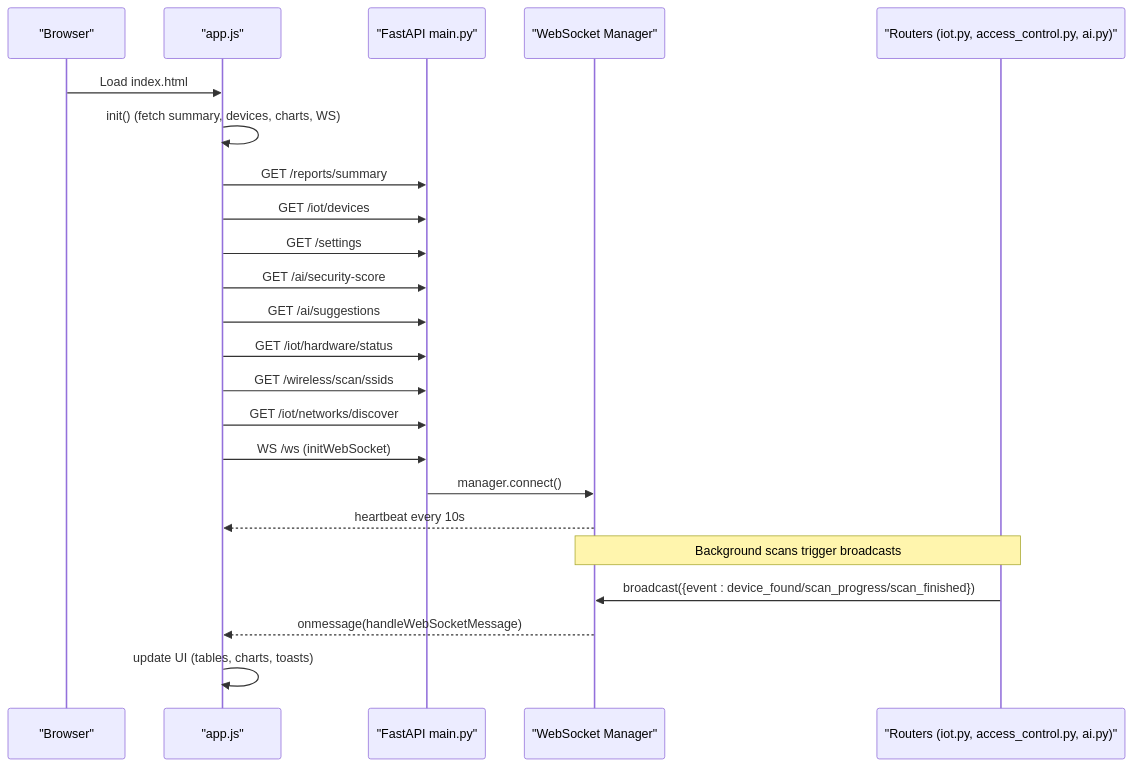
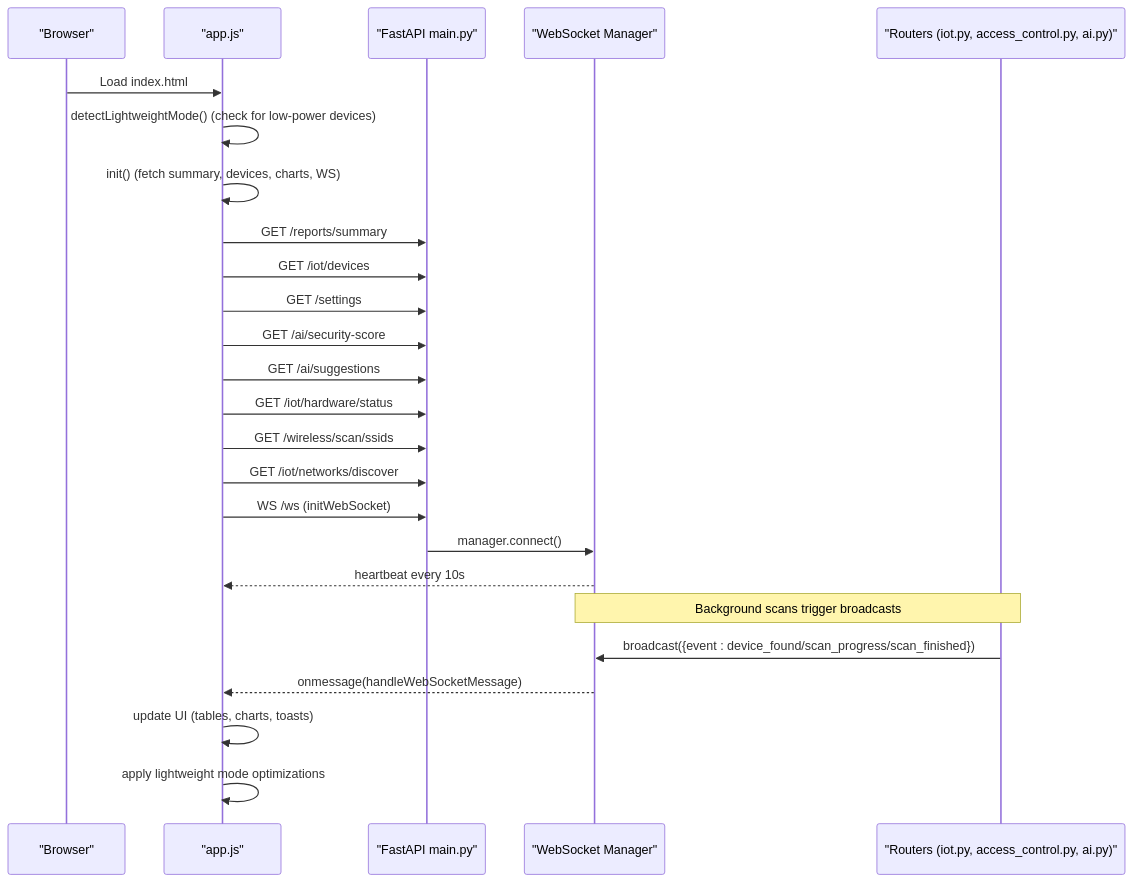
One commit to MohandWaleed3/PentexOne changed the second of 16 diagrams in .qoder/repowiki/en/content/System Architecture/Frontend Architecture.md. Above: the diagram before and after it, drawn with Mermaid. The commit also changed other lines of this file and 17 other files, not shown here.

````diff
--- a/.qoder/repowiki/en/content/System Architecture/Frontend Architecture.md
+++ b/.qoder/repowiki/en/content/System Architecture/Frontend Architecture.md
@@ -101,25 +117,27 @@
 ```mermaid
 sequenceDiagram
 participant B as "Browser"
 participant A as "app.js"
 participant F as "FastAPI main.py"
 participant W as "WebSocket Manager"
 participant R as "Routers (iot.py, access_control.py, ai.py)"
 B->>A : Load index.html
+A->>A : detectLightweightMode() (check for low-power devices)
 A->>A : init() (fetch summary, devices, charts, WS)
 A->>F : GET /reports/summary
 A->>F : GET /iot/devices
 A->>F : GET /settings
 A->>F : GET /ai/security-score
 A->>F : GET /ai/suggestions
 A->>F : GET /iot/hardware/status
 A->>F : GET /wireless/scan/ssids
 A->>F : GET /iot/networks/discover
 A->>F : WS /ws (initWebSocket)
 F->>W : manager.connect()
 W-->>A : heartbeat every 10s
 Note over R,W : Background scans trigger broadcasts
 R->>W : broadcast({event : device_found/scan_progress/scan_finished})
 W-->>A : onmessage(handleWebSocketMessage)
 A->>A : update UI (tables, charts, toasts)
+A->>A : apply lightweight mode optimizations
 ```
````
